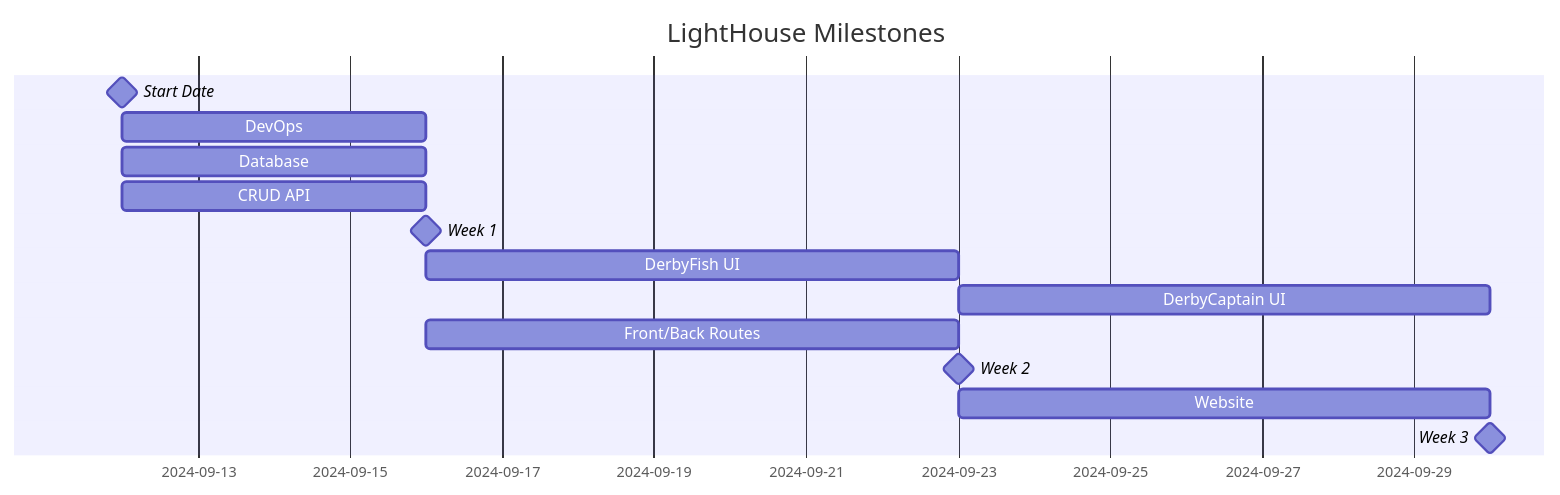
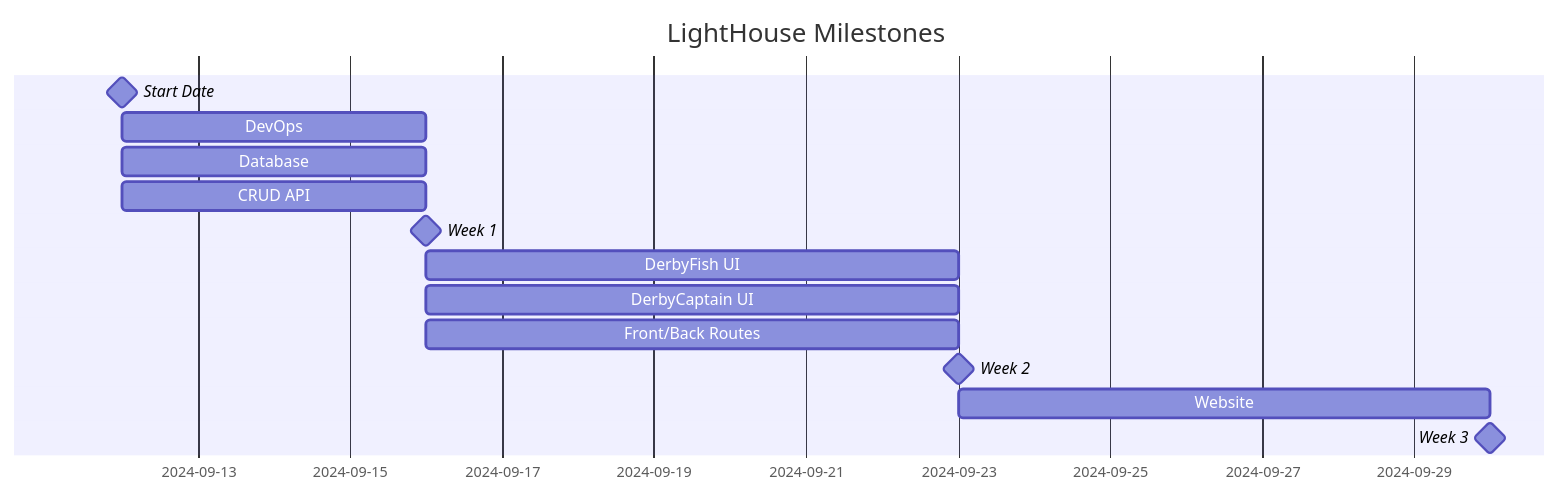
Before and after one commit to AGFarms/derbyfish-docs: the diagram in Derby.Fish.md, drawn with Mermaid.

````diff
--- a/Derby.Fish.md
+++ b/Derby.Fish.md
@@ -3,18 +3,18 @@
 ```mermaid
 gantt
 
     title LightHouse Milestones
     Start Date :milestone, 2024-09-12, 2024-09-12
     DevOps : 2024-09-12, 4d 
     Database : 2024-09-12, 4d 
     CRUD API : 2024-09-12, 4d
     Week 1 :milestone, 2024-09-16, 2024-09-16
     
     DerbyFish UI : 2024-09-16, 7d 
-    DerbyCaptain UI : 2024-09-23, 7d 
+    DerbyCaptain UI : 2024-09-16, 7d 
     Front/Back Routes : 2024-09-16, 7d
     Week 2 :milestone, 2024-09-23, 2024-09-23
     Website : 2024-09-23, 7d 
     Week 3 :milestone, 2024-09-30, 2024-09-30
 
 ```
````
